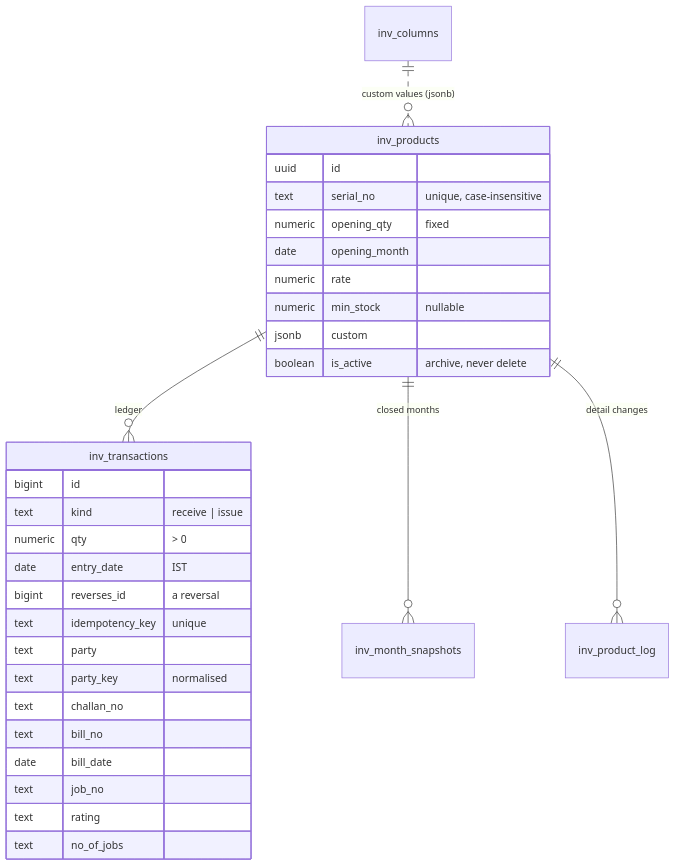
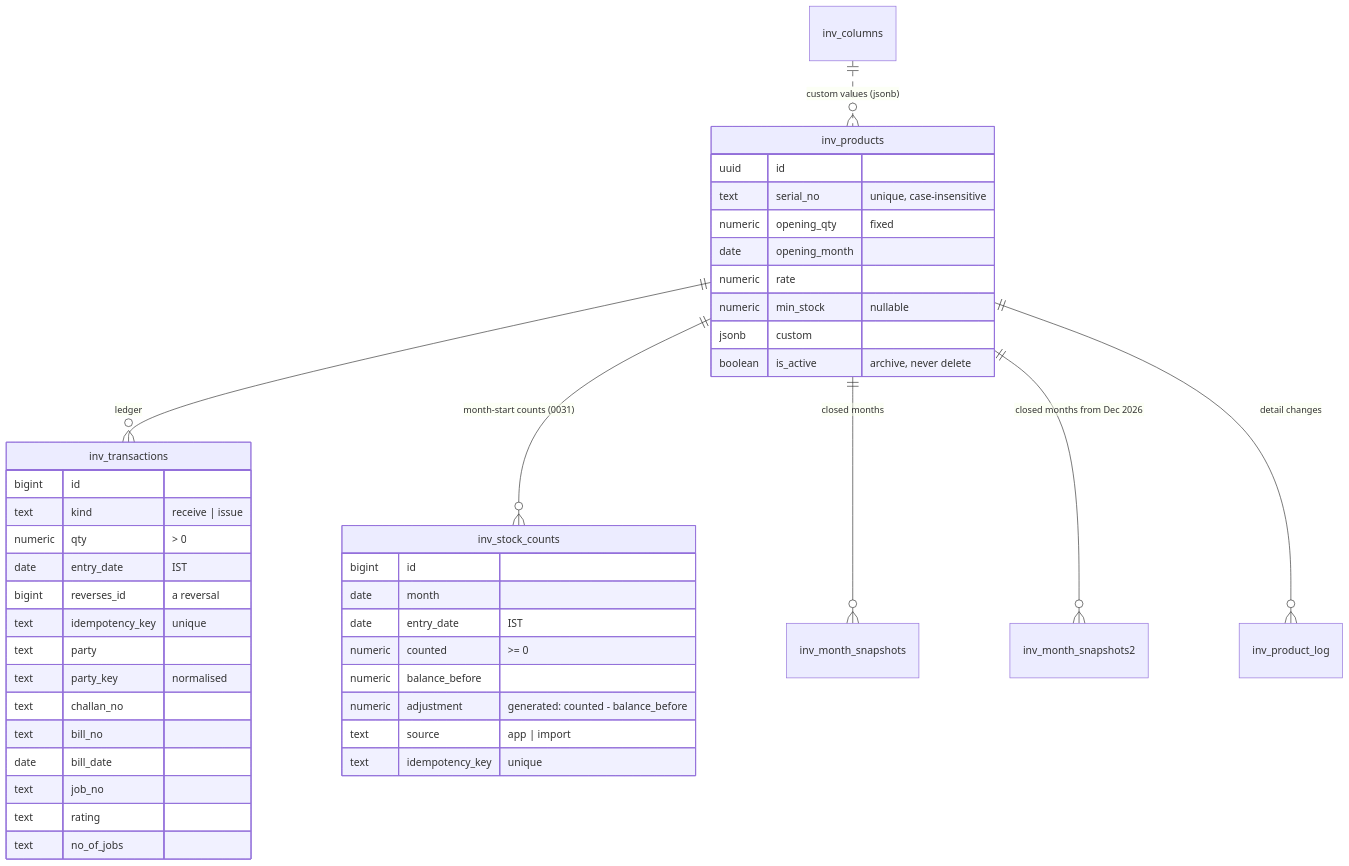
The fifth of 5 diagrams in docs/inventory/README.md (Himkush1414/Super-Management-System), drawn with Mermaid before and after one commit. The commit also changed other lines of this file and 6 other files, not shown here.

First line of the commit message:
docs(inventory): month-start balance in the README, user guide, plain-words guide and backup notes

````diff
--- a/docs/inventory/README.md
+++ b/docs/inventory/README.md
@@ -204,33 +246,45 @@
 ```mermaid
 erDiagram
   inv_products ||--o{ inv_transactions : "ledger"
+  inv_products ||--o{ inv_stock_counts : "month-start counts (0031)"
   inv_products ||--o{ inv_month_snapshots : "closed months"
+  inv_products ||--o{ inv_month_snapshots2 : "closed months from Dec 2026"
   inv_products ||--o{ inv_product_log : "detail changes"
   inv_columns ||..o{ inv_products : "custom values (jsonb)"
   inv_products {
     uuid id
     text serial_no "unique, case-insensitive"
     numeric opening_qty "fixed"
     date opening_month
     numeric rate
     numeric min_stock "nullable"
     jsonb custom
     boolean is_active "archive, never delete"
   }
   inv_transactions {
     bigint id
     text kind "receive | issue"
     numeric qty "> 0"
     date entry_date "IST"
     bigint reverses_id "a reversal"
     text idempotency_key "unique"
     text party
     text party_key "normalised"
     text challan_no
     text bill_no
     date bill_date
     text job_no
     text rating
     text no_of_jobs
   }
+  inv_stock_counts {
+    bigint id
+    date month
+    date entry_date "IST"
+    numeric counted ">= 0"
+    numeric balance_before
+    numeric adjustment "generated: counted - balance_before"
+    text source "app | import"
+    text idempotency_key "unique"
+  }
 ```
````
